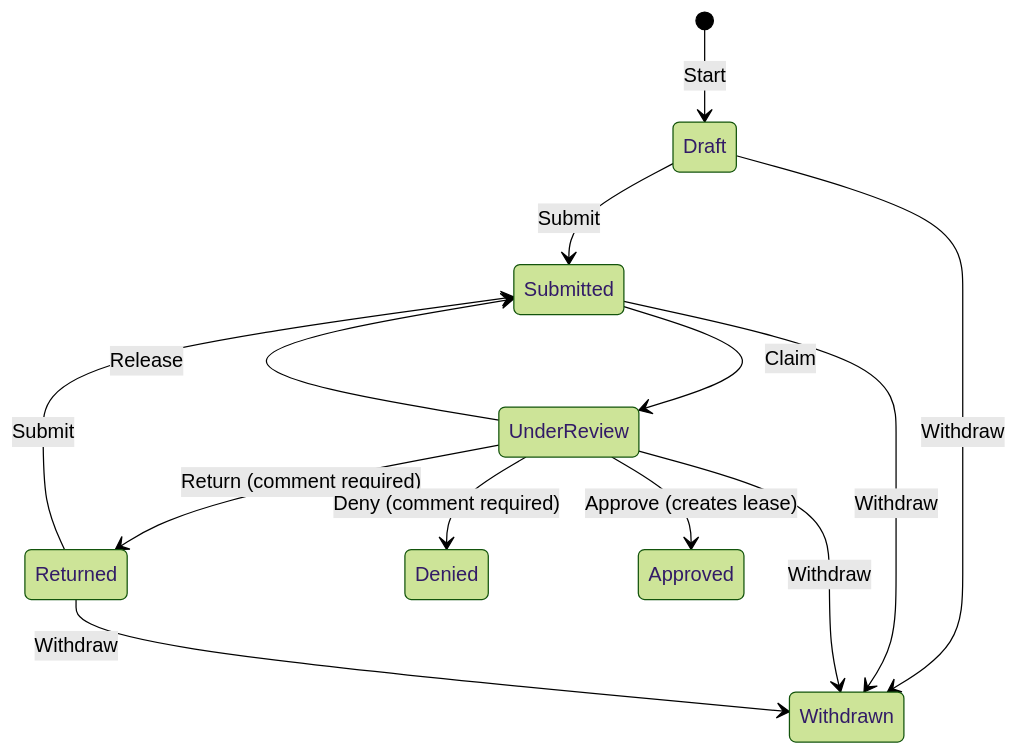
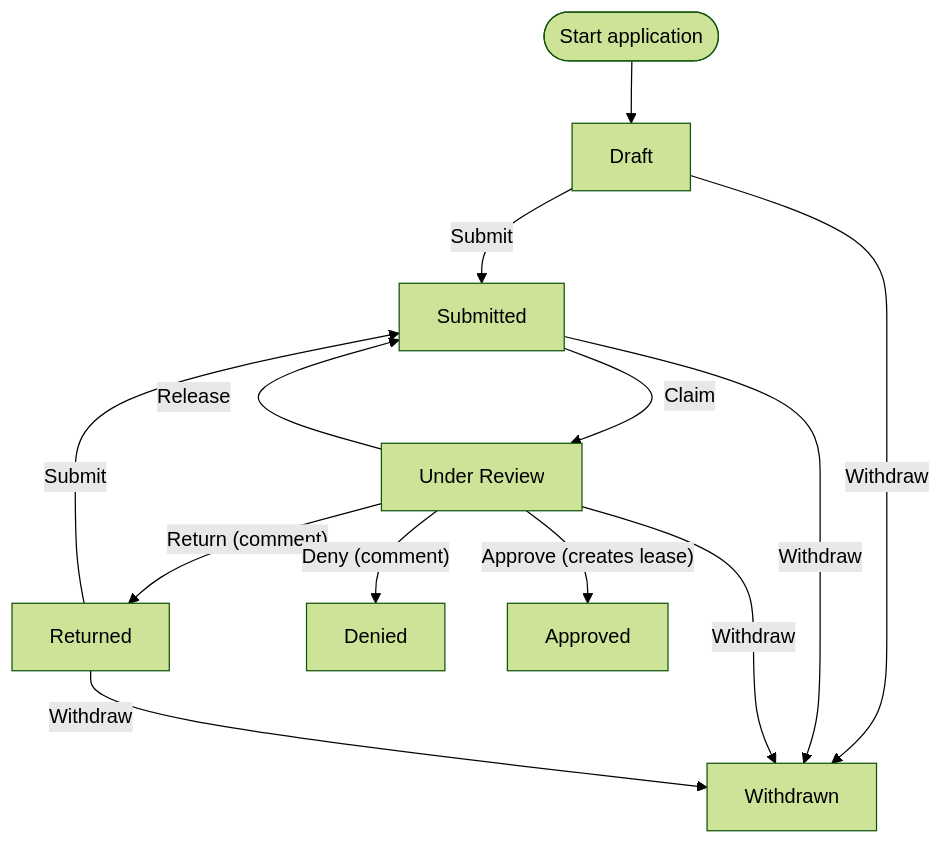
One commit to Cevans555/PropertyManagementCompany changed the first of 2 diagrams in docs/architecture.md. Above: the diagram before and after it, drawn with Mermaid (forest theme).

Commit message:
Draw the application lifecycle as a flowchart for a cleaner layout

````diff
--- a/docs/architecture.md
+++ b/docs/architecture.md
@@ -21,15 +21,15 @@
 ```mermaid
-stateDiagram-v2
-    [*] --> Draft: Start
-    Draft --> Submitted: Submit
-    Returned --> Submitted: Submit
-    Submitted --> UnderReview: Claim
-    UnderReview --> Submitted: Release
-    UnderReview --> Returned: Return (comment required)
-    UnderReview --> Denied: Deny (comment required)
-    UnderReview --> Approved: Approve (creates lease)
-    Draft --> Withdrawn: Withdraw
-    Submitted --> Withdrawn: Withdraw
-    UnderReview --> Withdrawn: Withdraw
-    Returned --> Withdrawn: Withdraw
+flowchart TD
+    Start([Start application]) --> Draft
+    Draft -- Submit --> Submitted
+    Submitted -- Claim --> UnderReview[Under Review]
+    UnderReview -- Release --> Submitted
+    UnderReview -- "Return (comment)" --> Returned
+    UnderReview -- "Deny (comment)" --> Denied
+    UnderReview -- "Approve (creates lease)" --> Approved
+    Returned -- Submit --> Submitted
+    Draft -- Withdraw --> Withdrawn
+    Submitted -- Withdraw --> Withdrawn
+    UnderReview -- Withdraw --> Withdrawn
+    Returned -- Withdraw --> Withdrawn
 ```
````
